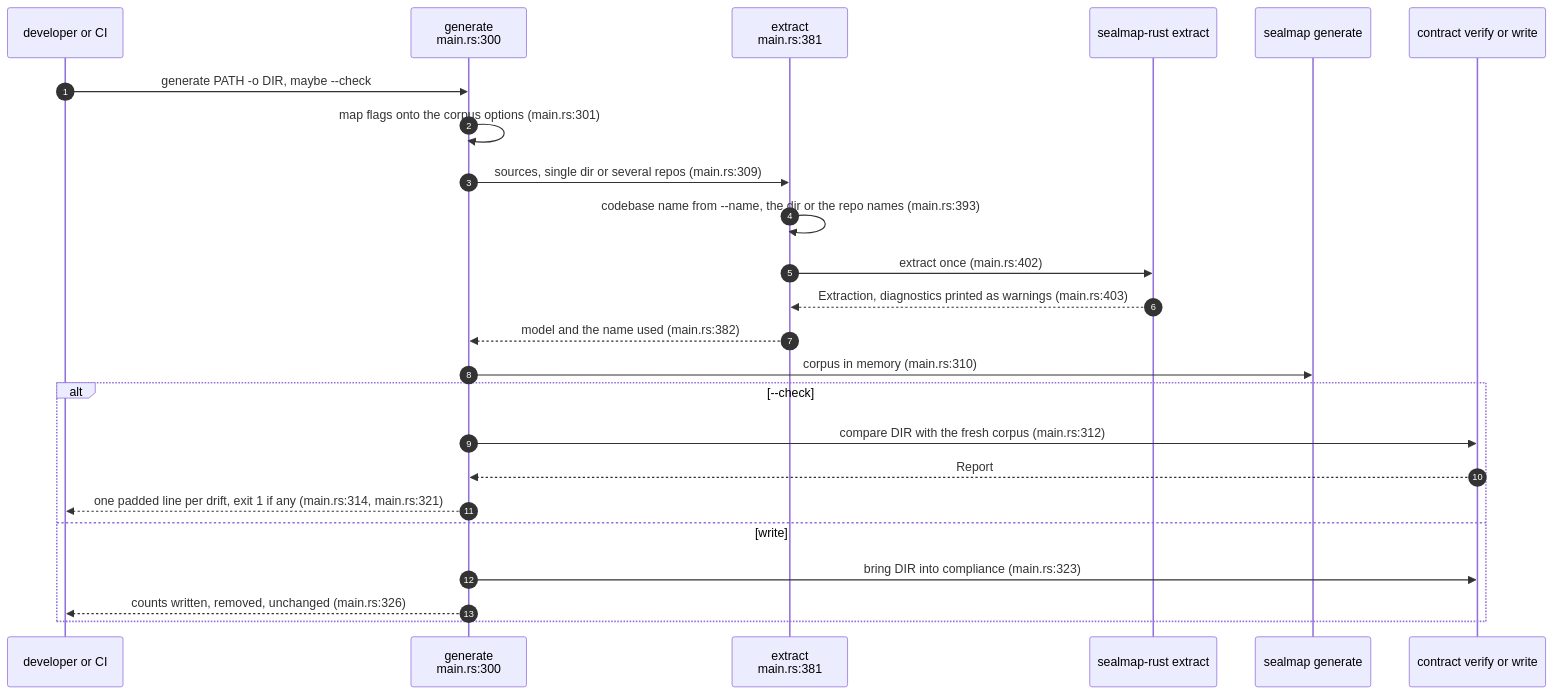
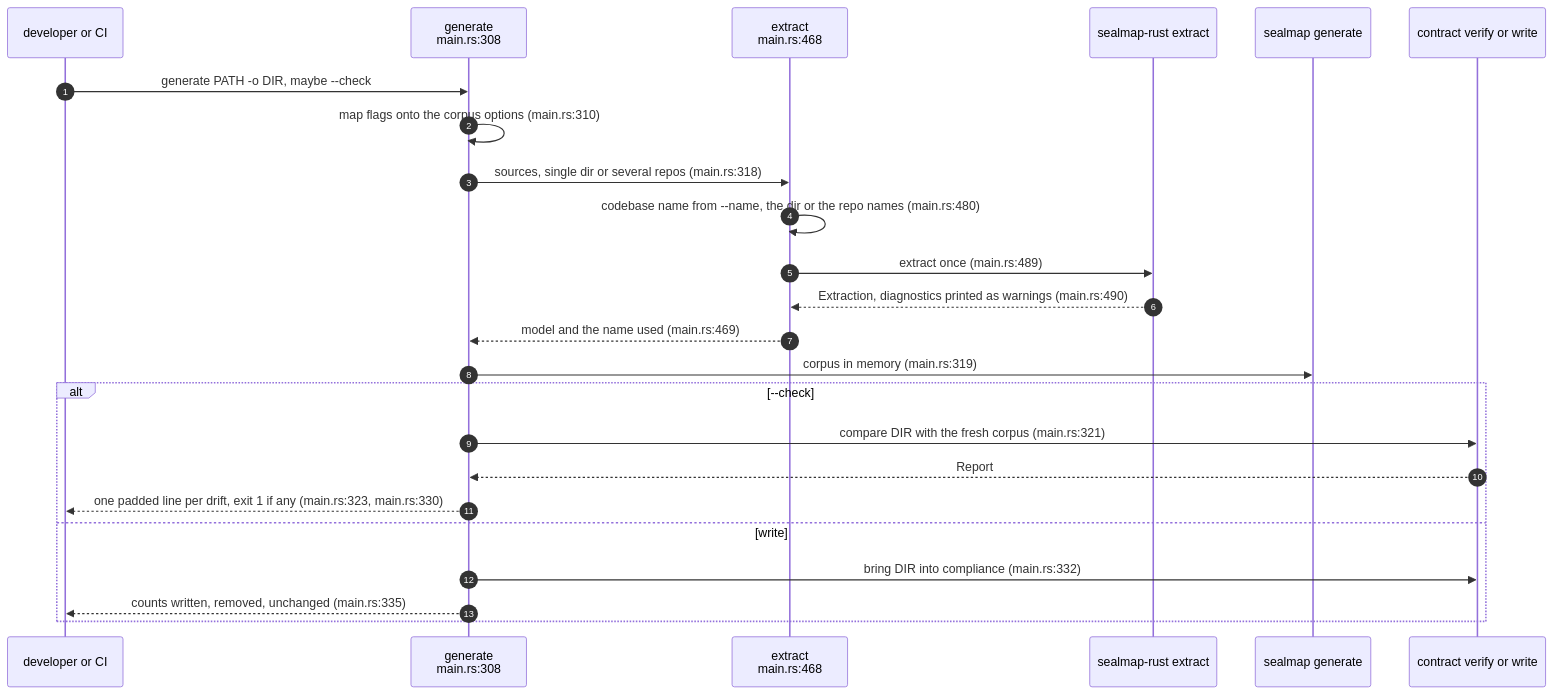
One commit to DreamLab-AI/VisionFlow changed the first of 5 diagrams in docs/diagrams/sealmap/14-generate-check-write-and-the-cli.md. Above: the diagram before and after it, drawn with Mermaid. The commit also changed other lines of this file and 59 other files, not shown here.

First line of the commit message:
docs(diagrams): re-derive and re-stamp forum, website, pod, ontomark and sealmap topics

````diff
--- a/docs/diagrams/sealmap/14-generate-check-write-and-the-cli.md
+++ b/docs/diagrams/sealmap/14-generate-check-write-and-the-cli.md
@@ -51,26 +51,26 @@
 ```mermaid
 sequenceDiagram
     autonumber
     participant US as developer or CI
-    participant GE as generate<br/>main.rs:300
-    participant EX as extract<br/>main.rs:381
+    participant GE as generate<br/>main.rs:308
+    participant EX as extract<br/>main.rs:468
     participant AD as sealmap-rust extract
     participant PR as sealmap generate
     participant CT as contract verify or write
     US->>GE: generate PATH -o DIR, maybe --check
-    GE->>GE: map flags onto the corpus options (main.rs:301)
-    GE->>EX: sources, single dir or several repos (main.rs:309)
-    EX->>EX: codebase name from --name, the dir or the repo names (main.rs:393)
-    EX->>AD: extract once (main.rs:402)
-    AD-->>EX: Extraction, diagnostics printed as warnings (main.rs:403)
-    EX-->>GE: model and the name used (main.rs:382)
-    GE->>PR: corpus in memory (main.rs:310)
+    GE->>GE: map flags onto the corpus options (main.rs:310)
+    GE->>EX: sources, single dir or several repos (main.rs:318)
+    EX->>EX: codebase name from --name, the dir or the repo names (main.rs:480)
+    EX->>AD: extract once (main.rs:489)
+    AD-->>EX: Extraction, diagnostics printed as warnings (main.rs:490)
+    EX-->>GE: model and the name used (main.rs:469)
+    GE->>PR: corpus in memory (main.rs:319)
     alt --check
-        GE->>CT: compare DIR with the fresh corpus (main.rs:312)
+        GE->>CT: compare DIR with the fresh corpus (main.rs:321)
         CT-->>GE: Report
-        GE-->>US: one padded line per drift, exit 1 if any (main.rs:314, main.rs:321)
+        GE-->>US: one padded line per drift, exit 1 if any (main.rs:323, main.rs:330)
     else write
-        GE->>CT: bring DIR into compliance (main.rs:323)
-        GE-->>US: counts written, removed, unchanged (main.rs:326)
+        GE->>CT: bring DIR into compliance (main.rs:332)
+        GE-->>US: counts written, removed, unchanged (main.rs:335)
     end
 ```
````
